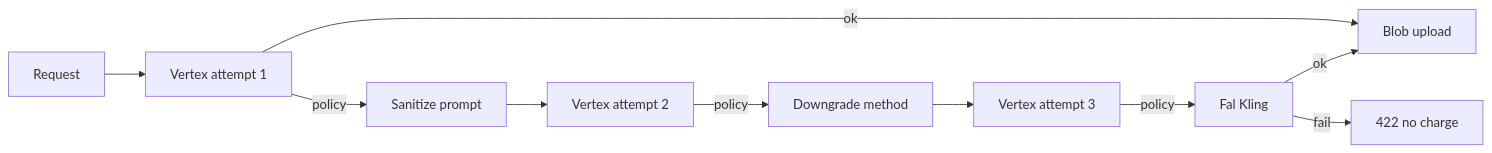
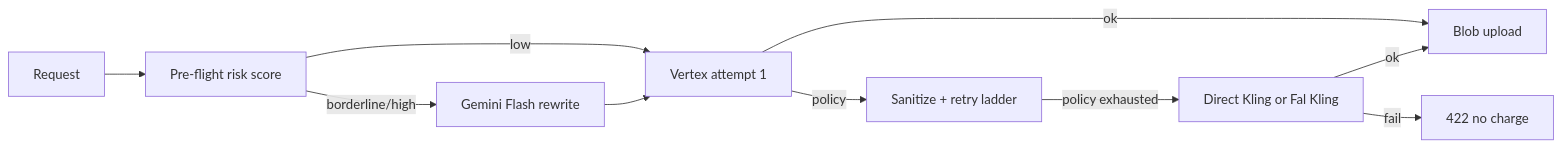
The diagram in sceneflow-ai-nextjs/docs/KLING_POLICY_FALLBACK.md (anderson0531/sceneflowai), drawn with Mermaid before and after one commit. The commit also changed other lines of this file and 15 other files, not shown here.

First line of the commit message:
Add pre-flight prompt guard and direct Kling silent fallback.

````diff
--- a/sceneflow-ai-nextjs/docs/KLING_POLICY_FALLBACK.md
+++ b/sceneflow-ai-nextjs/docs/KLING_POLICY_FALLBACK.md
@@ -7,12 +12,12 @@
 ```mermaid
 flowchart LR
-  A[Request] --> B[Vertex attempt 1]
-  B -->|policy| C[Sanitize prompt]
-  C --> D[Vertex attempt 2]
-  D -->|policy| E[Downgrade method]
-  E --> F[Vertex attempt 3]
-  F -->|policy| G[Fal Kling]
-  B -->|ok| H[Blob upload]
-  G -->|ok| H
-  G -->|fail| I[422 no charge]
+  A[Request] --> B[Pre-flight risk score]
+  B -->|borderline/high| C[Gemini Flash rewrite]
+  B -->|low| D[Vertex attempt 1]
+  C --> D
+  D -->|policy| E[Sanitize + retry ladder]
+  E -->|policy exhausted| F[Direct Kling or Fal Kling]
+  D -->|ok| G[Blob upload]
+  F -->|ok| G
+  F -->|fail| H[422 no charge]
 ```
````
